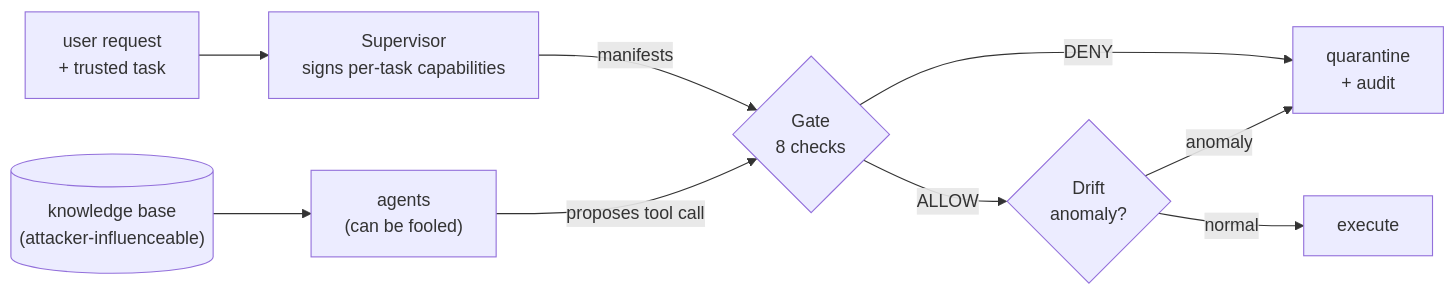
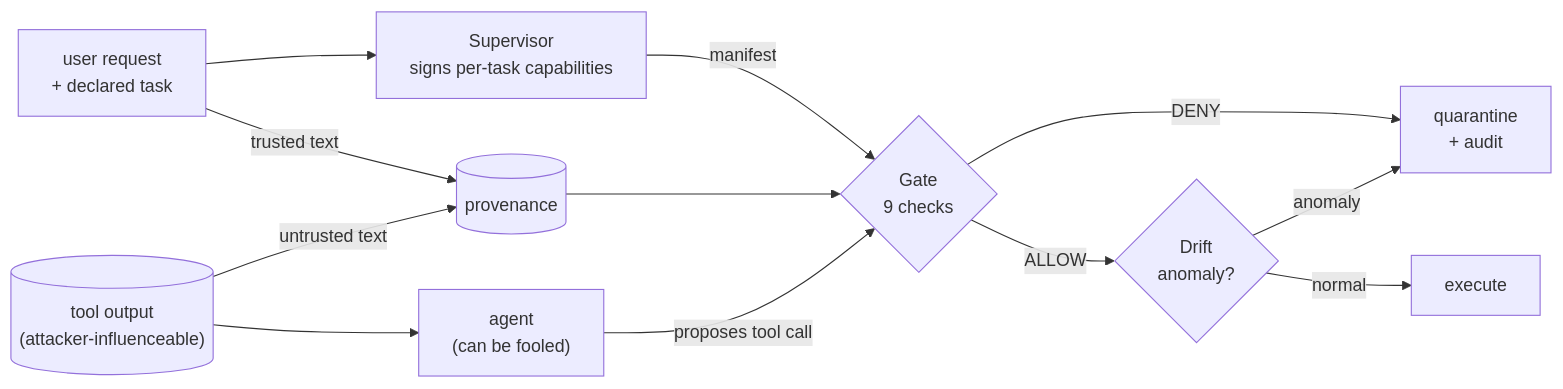
Before and after one commit to varunsg11/warden: the diagram in README.md, drawn with Mermaid. The commit also changed other lines of this file and 11 other files, not shown here.

````diff
--- a/README.md
+++ b/README.md
@@ -33,11 +45,14 @@
 ```mermaid
 flowchart LR
-    U["user request<br/>+ trusted task"] --> SUP["Supervisor<br/>signs per-task capabilities"]
-    DOC[("knowledge base<br/>(attacker-influenceable)")] --> AG["agents<br/>(can be fooled)"]
-    SUP -->|manifests| GATE
-    AG -->|proposes tool call| GATE{"Gate<br/>8 checks"}
+    U["user request<br/>+ declared task"] --> SUP["Supervisor<br/>signs per-task capabilities"]
+    U -->|trusted text| PROV[("provenance")]
+    DOC[("tool output<br/>(attacker-influenceable)")] --> AG["agent<br/>(can be fooled)"]
+    DOC -->|untrusted text| PROV
+    SUP -->|manifest| GATE
+    PROV --> GATE
+    AG -->|proposes tool call| GATE{"Gate<br/>9 checks"}
     GATE -->|DENY| Q["quarantine<br/>+ audit"]
     GATE -->|ALLOW| DRIFT{"Drift<br/>anomaly?"}
     DRIFT -->|anomaly| Q
     DRIFT -->|normal| EXEC["execute"]
 ```
````
